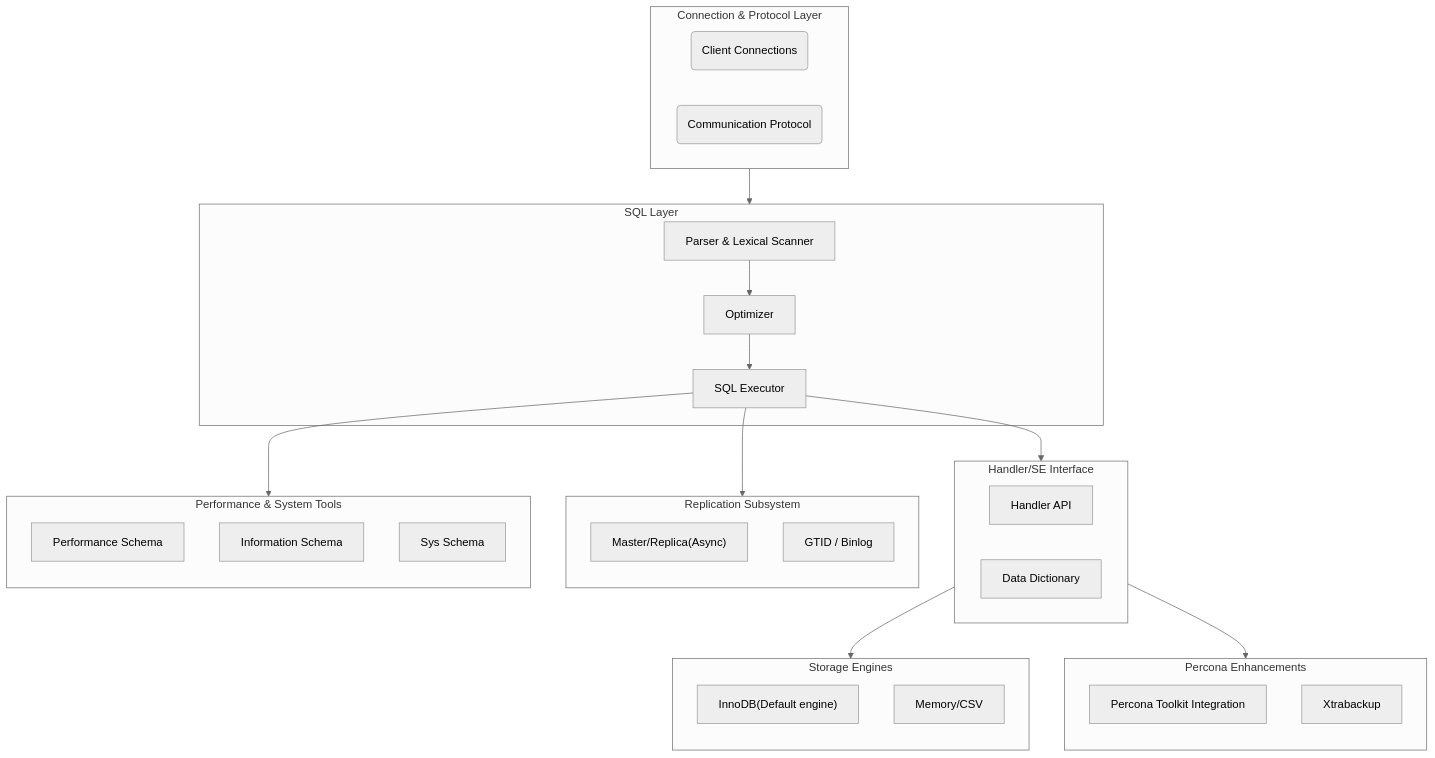
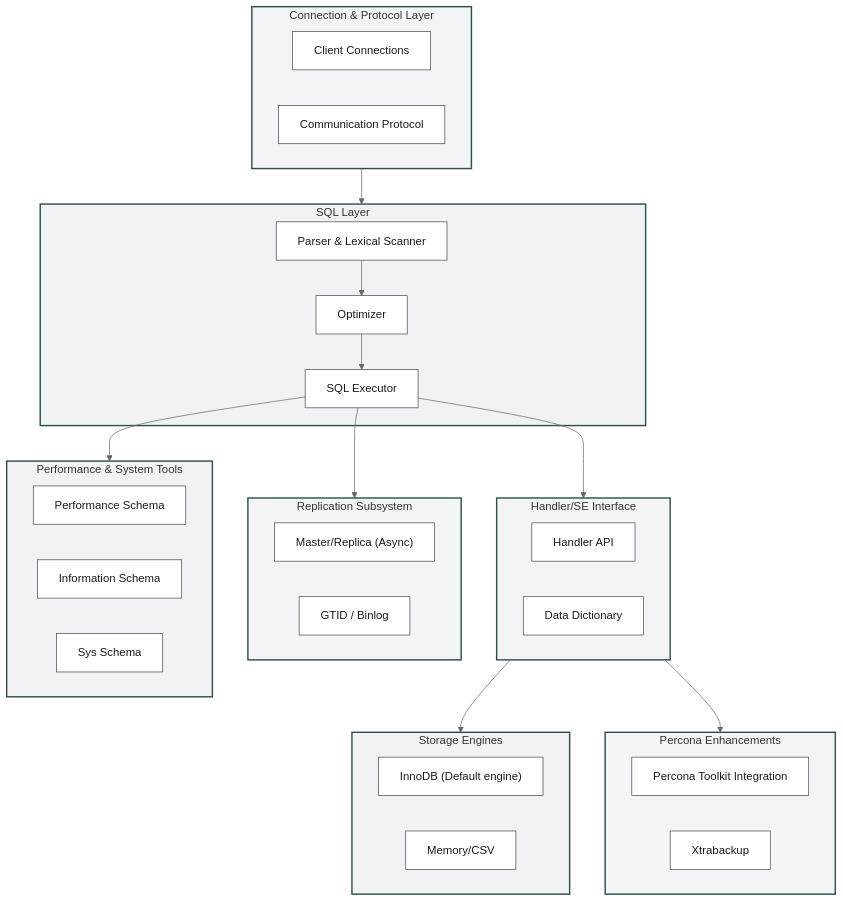
The diagram in db/mysql/study/README.md (wilhasse/courses), drawn with Mermaid (neutral theme) before and after one commit. The commit also changed 4 other files, not shown here.

````diff
--- a/db/mysql/study/README.md
+++ b/db/mysql/study/README.md
@@ -3,76 +3,72 @@
 ```mermaid
 flowchart TB
-    %% =====================
-    %% Subgraph: Connection Interface
-    %% =====================
-    subgraph A[Connection & Protocol Layer]
-        A1(Client Connections)
-        A2(Communication Protocol)
+    %% Style definitions
+    classDef default fill:#f5f5f5,stroke:#333,stroke-width:2px,color:#1a1a1a
+    classDef mainComponent fill:#f0f2f5,stroke:#2f4f4f,stroke-width:2px,color:#1a1a1a
+    classDef subComponent fill:#ffffff,stroke:#4a4a4a,stroke-width:1px,color:#1a1a1a
+    classDef highlight fill:#f2f4f7,stroke:#2f4f4f,stroke-width:2px,color:#1a1a1a
+
+    %% Connection & Protocol Layer
+    subgraph A["Connection & Protocol Layer"]
+        style A fill:#f2f4f7,stroke:#2f4f4f,stroke-width:2px
+        A1["Client Connections"]
+        A2["Communication Protocol"]
     end
 
-    %% =====================
-    %% Subgraph: SQL Layer
-    %% =====================
-    subgraph B[SQL Layer]
-        B1[Parser & Lexical Scanner]
-        B2[Optimizer]
-        B3[SQL Executor]
+    %% SQL Layer
+    subgraph B["SQL Layer"]
+        style B fill:#f0f2f5,stroke:#2f4f4f,stroke-width:2px
+        B1["Parser & Lexical Scanner"]
+        B2["Optimizer"]
+        B3["SQL Executor"]
     end
 
-    %% =====================
-    %% Subgraph: Storage Engine Interface
-    %% =====================
-    subgraph C[Handler/SE Interface]
-        C1[Handler API]
-        C2[Data Dictionary]
+    %% Handler/SE Interface
+    subgraph C["Handler/SE Interface"]
+        style C fill:#f2f4f7,stroke:#2f4f4f,stroke-width:2px
+        C1["Handler API"]
+        C2["Data Dictionary"]
     end
 
-    %% =====================
-    %% Subgraph: Storage Engines
-    %% =====================
-    subgraph D[Storage Engines]
-        direction TB
-        D1["InnoDB(Default engine)"]
-        D3[Memory/CSV]
+    %% Storage Engines
+    subgraph D["Storage Engines"]
+        style D fill:#f0f2f5,stroke:#2f4f4f,stroke-width:2px
+        D1["InnoDB (Default engine)"]
+        D3["Memory/CSV"]
     end
 
-    %% =====================
-    %% Subgraph: Replication
-    %% =====================
-    subgraph E[Replication Subsystem]
-        direction TB
-        E1["Master/Replica(Async)"]
-        E2[GTID / Binlog]
+    %% Replication
+    subgraph E["Replication Subsystem"]
+        style E fill:#f2f4f7,stroke:#2f4f4f,stroke-width:2px
+        E1["Master/Replica (Async)"]
+        E2["GTID / Binlog"]
     end
 
-    %% =====================
-    %% Subgraph: Performance & System Tools
-    %% =====================
-    subgraph F[Performance & System Tools]
-        direction TB
-        F1[Performance Schema]
-        F2[Information Schema]
-        F3[Sys Schema]
+    %% Performance & System Tools
+    subgraph F["Performance & System Tools"]
+        style F fill:#f0f2f5,stroke:#2f4f4f,stroke-width:2px
+        F1["Performance Schema"]
+        F2["Information Schema"]
+        F3["Sys Schema"]
     end
 
-    %% =====================
-    %% Subgraph: Percona-Specific Components
-    %% =====================
-    subgraph G[Percona Enhancements]
-        direction TB
-        G1[Percona Toolkit Integration]
-        G2[Xtrabackup]
+    %% Percona Enhancements
+    subgraph G["Percona Enhancements"]
+        style G fill:#f2f4f7,stroke:#2f4f4f,stroke-width:2px
+        G1["Percona Toolkit Integration"]
+        G2["Xtrabackup"]
     end
 
-    %% =====================
-    %% Links: Data Flow
-    %% =====================
+    %% Connections
     A --> B
     B1 --> B2
     B2 --> B3
     B3 --> C
     C --> D
     B3 --> E
     B3 --> F
     C --> G
+
+    %% Apply styles to all nodes
+    class A1,A2,B1,B2,B3,C1,C2,D1,D3,E1,E2,F1,F2,F3,G1,G2 subComponent
 ```
````
